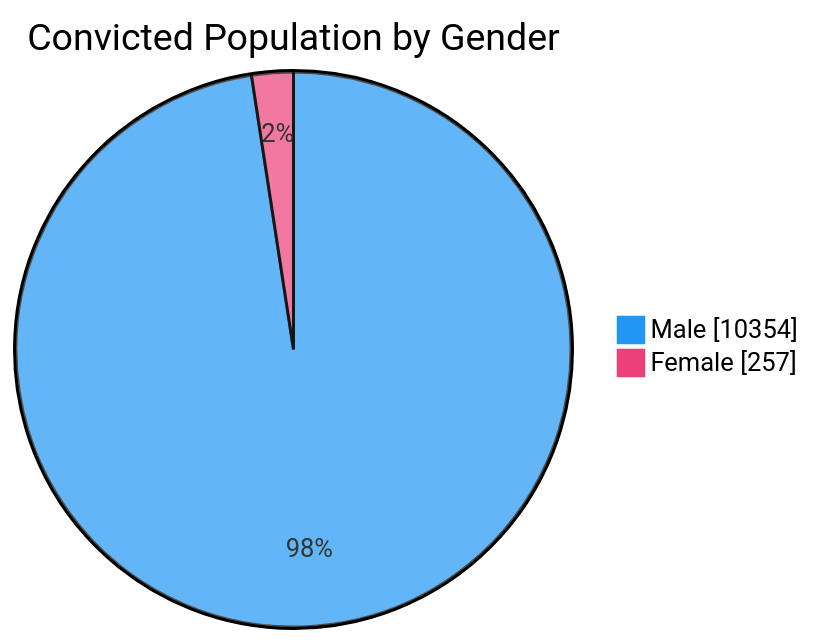
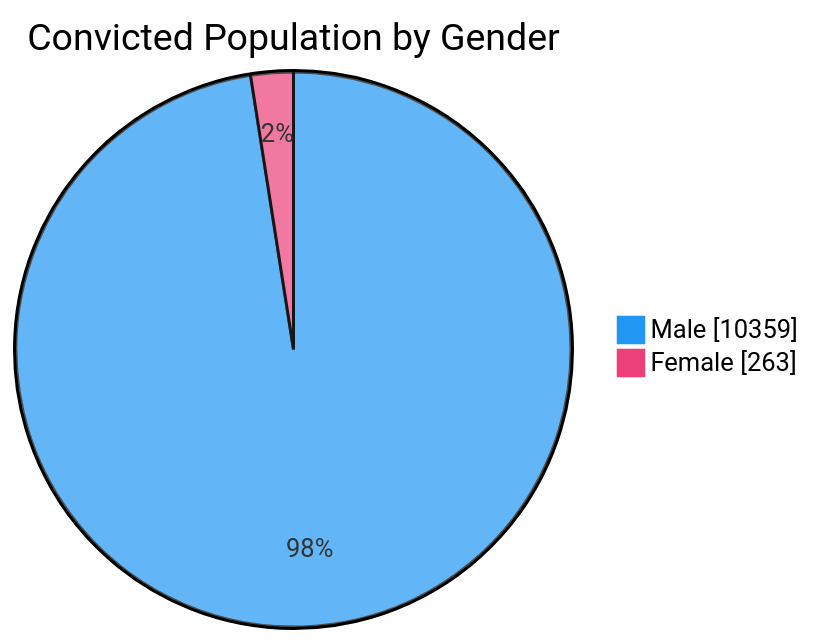
Before and after one commit to nuuuwan/lk_prisons: the third of 7 diagrams in README.md, drawn with Mermaid. The commit also changed other lines of this file and 1 other file, not shown here.

````diff
--- a/README.md
+++ b/README.md
@@ -65,6 +65,6 @@
 ```mermaid
 %%{init: {'themeVariables': {'pie1': '#2196F3', 'pie2': '#EC407A'}}}%%
 pie showData title Convicted Population by Gender
-    "Male" : 10354
-    "Female" : 257
+    "Male" : 10359
+    "Female" : 263
 ```
````
